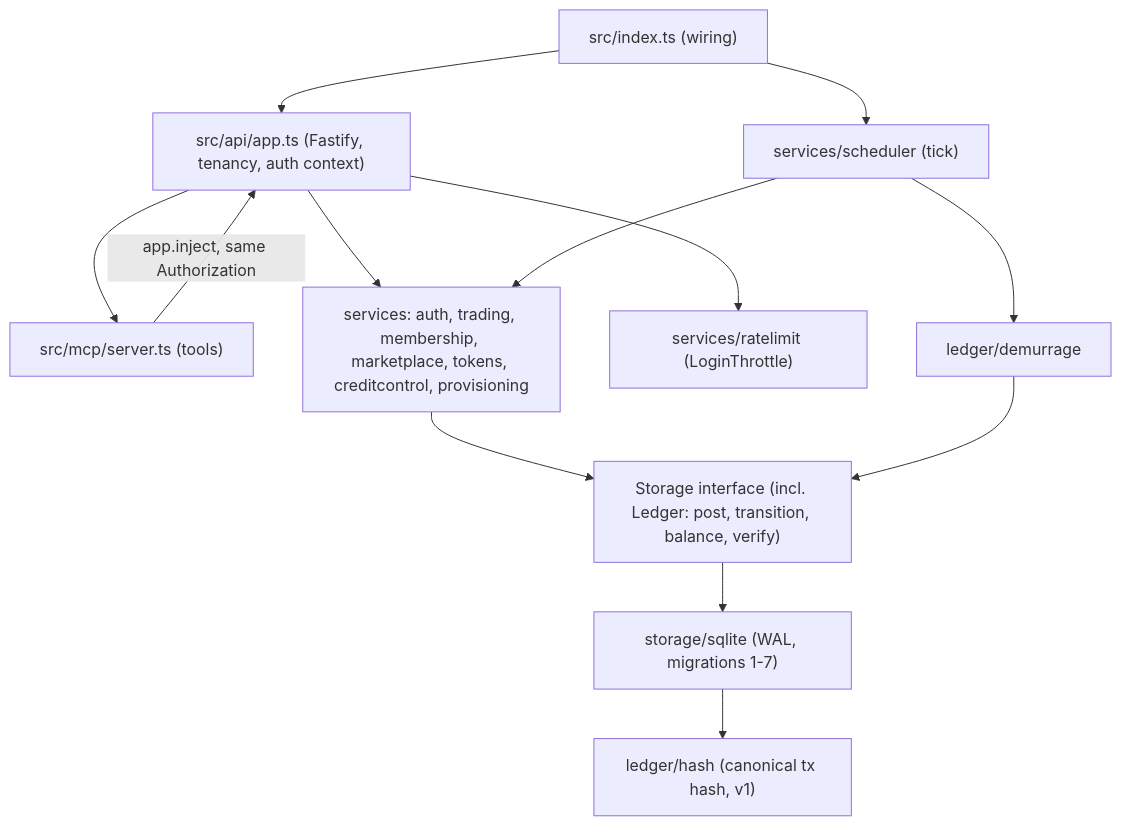
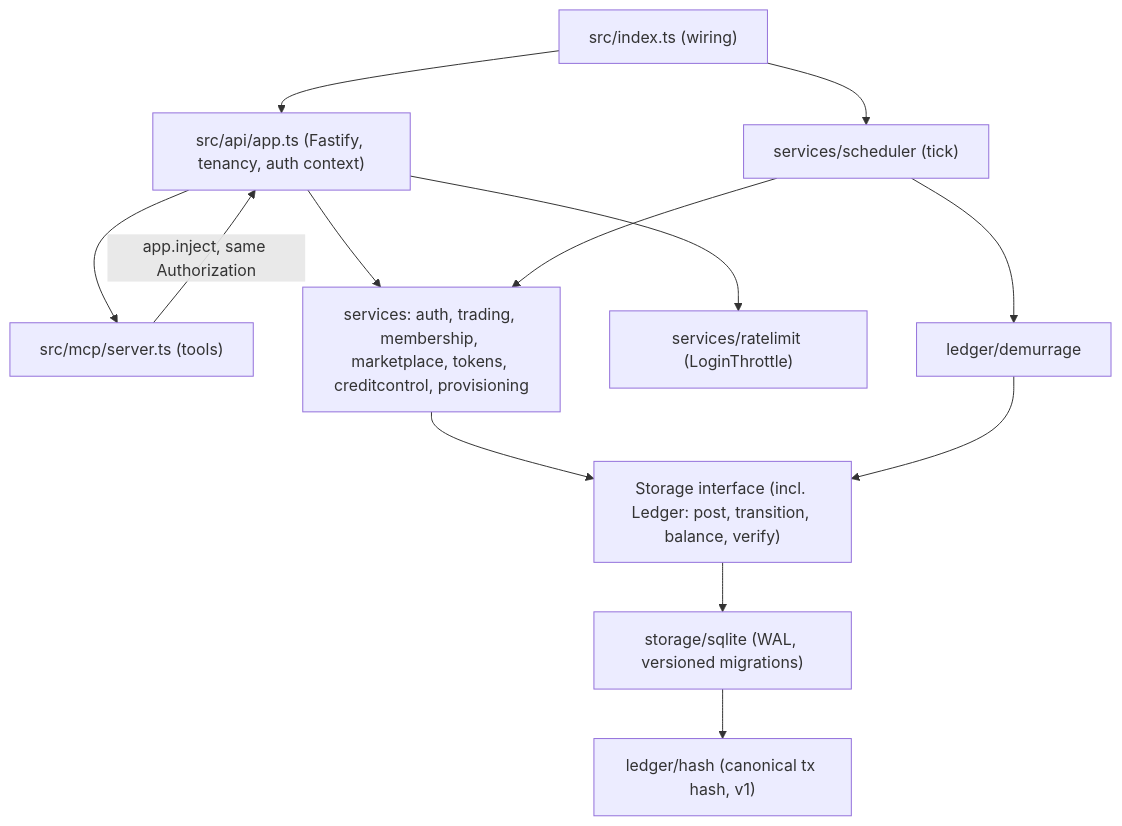
Before and after one commit to sandtreader/silvio: the first of 6 diagrams in server/architecture.md, drawn with Mermaid. The commit also changed other lines of this file and 3 other files, not shown here.

First line of the commit message:
Flatten pre-release migrations 1-7 into a single v1 baseline schema

````diff
--- a/server/architecture.md
+++ b/server/architecture.md
@@ -35,15 +35,15 @@
 ```mermaid
 graph TD
   IDX["src/index.ts (wiring)"] --> API["src/api/app.ts (Fastify, tenancy, auth context)"]
   IDX --> SCHED["services/scheduler (tick)"]
   API --> MCP["src/mcp/server.ts (tools)"]
   MCP -- "app.inject, same Authorization" --> API
   API --> SVC["services: auth, trading, membership, marketplace, tokens, creditcontrol, provisioning"]
   API --> THR["services/ratelimit (LoginThrottle)"]
   SCHED --> SVC
   SCHED --> DEM["ledger/demurrage"]
   SVC --> ST["Storage interface (incl. Ledger: post, transition, balance, verify)"]
   DEM --> ST
-  ST --> SQL["storage/sqlite (WAL, migrations 1-7)"]
+  ST --> SQL["storage/sqlite (WAL, versioned migrations)"]
   SQL --> HASH["ledger/hash (canonical tx hash, v1)"]
 ```
````
